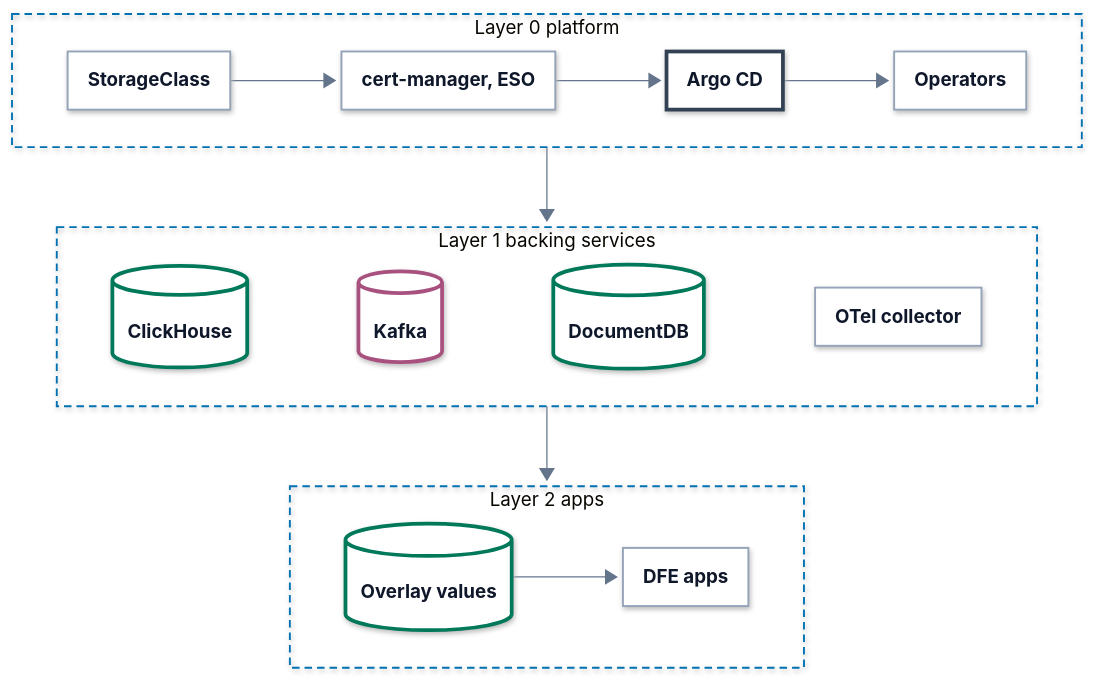
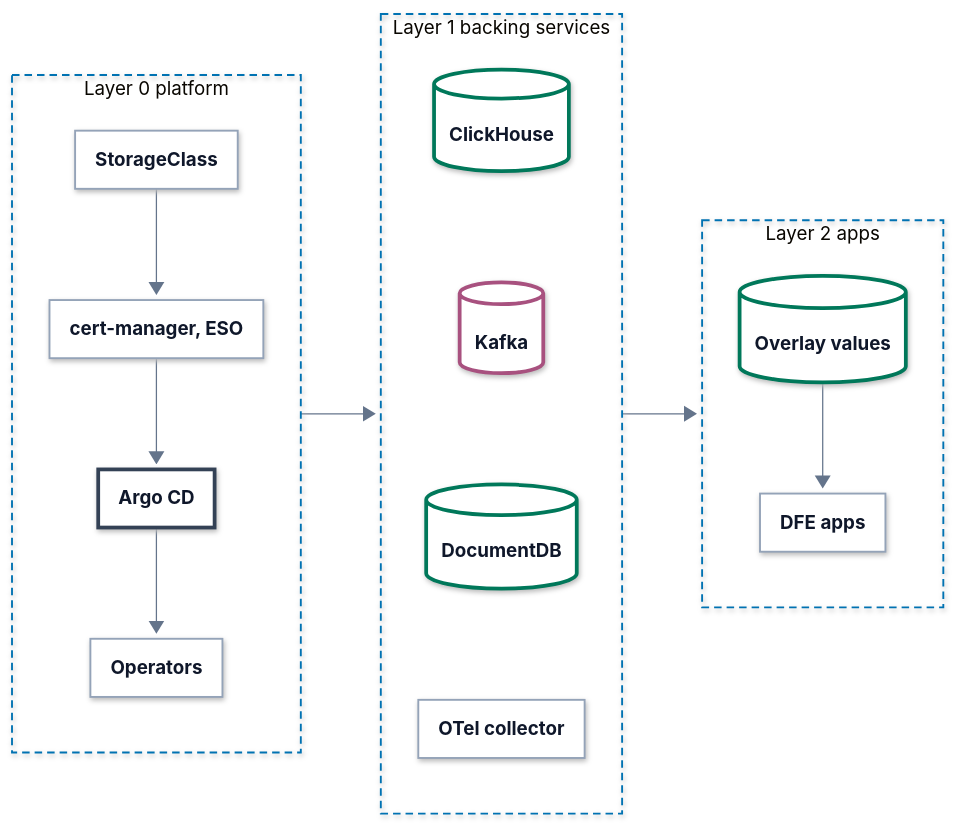
The diagram in docs/deployment/README.md (hyperi-io/dfe-engine), drawn with Mermaid before and after one commit. The commit also changed other lines of this file and 32 other files, not shown here.

First line of the commit message:
docs(architecture): engine page to the standard, diagrams to 860 px (#1209)

````diff
--- a/docs/deployment/README.md
+++ b/docs/deployment/README.md
@@ -25,82 +25,82 @@
 ```mermaid
 ---
 config:
   theme: base
   look: neo
   fontFamily: Inter, -apple-system, Segoe UI, Roboto, Helvetica, Arial, sans-serif
   flowchart:
     curve: linear
     nodeSpacing: 40
     rankSpacing: 64
     padding: 18
     wrappingWidth: 280
     htmlLabels: true
   elk:
     preset: modelOrder
   themeVariables:
     fontSize: 15px
     lineColor: "#64748B"
     primaryTextColor: "#0F172A"
     clusterBorder: "#0072B2"
     edgeLabelBackground: "#FFFFFF"
   themeCSS: >-
     p{margin:0}
     .node[data-look] rect,.node[data-look] path,.node[data-look] polygon,.node[data-look] .outer-path{filter:drop-shadow(0 1px 2px rgba(15,23,42,.10)) drop-shadow(0 6px 14px rgba(15,23,42,.10))}
     .node rect{rx:10px;ry:10px}
     .cluster rect{rx:16px;ry:16px}
     .node .label div{min-width:150px}
     .node.decision .label div{min-width:0}
     .cluster[data-look] rect{filter:none}
     .nodeLabel{line-height:1.35}
     .nodeLabel b{font-weight:600;font-size:15px;letter-spacing:-0.01em}
     .nodeLabel span{font-size:12.5px;font-weight:400;color:#334155}
     .cluster-label span.nodeLabel{display:inline-block;background:#FFFFFF;color:#0B2A3F;border:1.5px solid #0072B2;border-radius:999px;padding:2px 12px;font-size:11.5px;font-weight:700;letter-spacing:.09em;text-transform:uppercase}
     .flowchart-link{stroke-width:1.75px}
     .labelBkg{background:transparent!important}
     span.edgeLabel{display:inline-block;background:#FFFFFF!important;color:#1E293B;border:1px solid #94A3B8;border-radius:999px;padding:2px 10px;font-size:12px;font-weight:500}
     span.edgeLabel p{background:transparent!important}
     .label-icon{width:20px;height:20px;vertical-align:-4px;margin-right:6px}
     .ingest .label-icon{color:#0E8A7D}
     .xform .label-icon{color:#7B4FB0}
     .load .label-icon{color:#0072B2}
     .bus .label-icon{color:#A8517F}
     .store .label-icon{color:#00785A}
     .ui .label-icon{color:#D9480F}
     .ext .label-icon{color:#64748B}
 ---
-flowchart TB
+flowchart LR
   accTitle: L4 Detail -- Deployment layers
   accDescr: Layer 0 brings a StorageClass, cert-manager and External Secrets, Argo CD and the cluster operators such as KEDA. Layer 1 deploys ClickHouse, an optional Kafka, the DocumentDB store and the OTel collector. Layer 2 deploys the DFE apps from the engine's overlay values.
 
   subgraph l0["Layer 0 platform"]
-    direction LR
+    direction TB
     storage["<b>StorageClass</b>"] --> certs["<b>cert-manager, ESO</b>"] --> argo["<b>Argo CD</b>"] --> ops["<b>Operators</b>"]
   end
   subgraph l1["Layer 1 backing services"]
-    direction LR
+    direction TB
     ch[("<b>ClickHouse</b>")] ~~~ kafka[("<b>Kafka</b>")] ~~~ docdb[("<b>DocumentDB</b>")] ~~~ otel["<b>OTel collector</b>"]
   end
   subgraph l2["Layer 2 apps"]
-    direction LR
+    direction TB
     overlay[("<b>Overlay values</b>")] --> apps["<b>DFE apps</b>"]
   end
   l0 --> l1 --> l2
+  class kafka bus
+  class ch,docdb,overlay store
+  class argo control
+  class storage,certs,ops,otel,apps part
   classDef ext fill:#F4F6F8,stroke:#94A3B8,stroke-width:1.5px,stroke-dasharray:5 4,color:#0F172A
   classDef ingest fill:#FFFFFF,stroke:#0E8A7D,stroke-width:3px,color:#0F172A
   classDef xform fill:#FFFFFF,stroke:#7B4FB0,stroke-width:3px,color:#0F172A
   classDef load fill:#FFFFFF,stroke:#0072B2,stroke-width:3px,color:#0F172A
   classDef bus fill:#FFFFFF,stroke:#A8517F,stroke-width:3px,color:#0F172A
   classDef store fill:#FFFFFF,stroke:#00785A,stroke-width:3px,color:#0F172A
   classDef ui fill:#FFFFFF,stroke:#D9480F,stroke-width:3px,color:#0F172A
   classDef decision fill:#FFFFFF,stroke:#9A6700,stroke-width:3px,color:#0F172A
   classDef error fill:#FFFFFF,stroke:#C2410C,stroke-width:3px,color:#0F172A
   classDef control fill:#FFFFFF,stroke:#334155,stroke-width:3px,color:#0F172A
   classDef part fill:#FFFFFF,stroke:#94A3B8,stroke-width:1.5px,color:#0F172A
-  class kafka bus
-  class ch,docdb,overlay store
-  class argo control
-  class storage,certs,ops,otel,apps part
   style l0 fill:none,stroke:#0072B2,stroke-width:1.5px,stroke-dasharray:6 4
   style l1 fill:none,stroke:#0072B2,stroke-width:1.5px,stroke-dasharray:6 4
   style l2 fill:none,stroke:#0072B2,stroke-width:1.5px,stroke-dasharray:6 4
 ```
````
